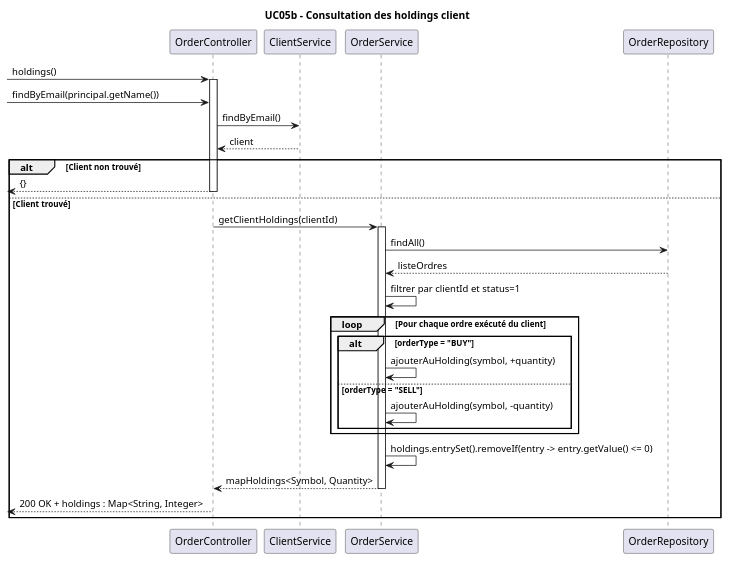
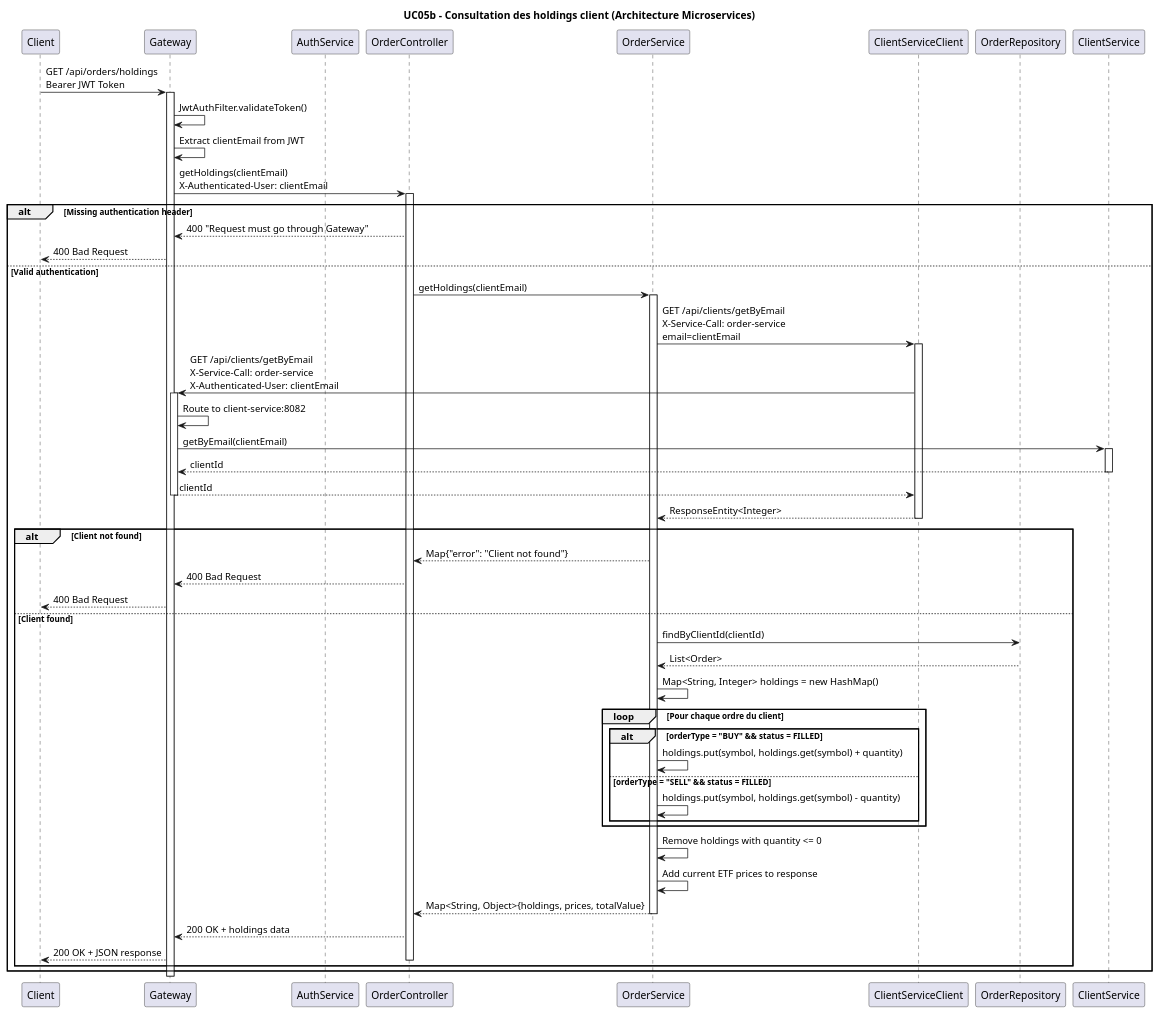
Before and after one commit to primika27/BrokerX-phase2-micorservices-: the diagram in docs/views/rdcu_uc05_consultation_holdings.puml, drawn with PlantUML. The commit also changed 47 other files, not shown here.

Commit message:
functional order matching+ diagrams added

```diff
--- a/docs/views/rdcu_uc05_consultation_holdings.puml
+++ b/docs/views/rdcu_uc05_consultation_holdings.puml
@@ -1,43 +1,71 @@
 @startuml rdcu_uc05_consultation_holdings
-title UC05b - Consultation des holdings client
+title UC05b - Consultation des holdings client (Architecture Microservices)
 
-participant "OrderController" as Controller
-participant "ClientService" as ClientService
-participant "OrderService" as Service
+participant "Client" as Client
+participant "Gateway" as Gateway
+participant "AuthService" as Auth
+participant "OrderController" as OrderController
+participant "OrderService" as OrderService
+participant "ClientServiceClient" as ClientClient
 participant "OrderRepository" as OrderRepo
 
--> Controller : holdings()
-activate Controller
+Client -> Gateway : GET /api/orders/holdings\nBearer JWT Token
+activate Gateway
 
--> Controller : findByEmail(principal.getName())
-Controller -> ClientService : findByEmail()
-ClientService --> Controller : client
+Gateway -> Gateway : JwtAuthFilter.validateToken()
+Gateway -> Gateway : Extract clientEmail from JWT
+Gateway -> OrderController : getHoldings(clientEmail)\nX-Authenticated-User: clientEmail
+activate OrderController
 
-alt Client non trouvé
-    <-- Controller : {}
-    deactivate Controller
-else Client trouvé
-    Controller -> Service : getClientHoldings(clientId)
-    activate Service
+alt Missing authentication header
+    OrderController --> Gateway : 400 "Request must go through Gateway"
+    Gateway --> Client : 400 Bad Request
+else Valid authentication
+    OrderController -> OrderService : getHoldings(clientEmail)
+    activate OrderService
     
-    Service -> OrderRepo : findAll()
-    OrderRepo --> Service : listeOrdres
+    OrderService -> ClientClient : GET /api/clients/getByEmail\nX-Service-Call: order-service\nemail=clientEmail
+    activate ClientClient
+    ClientClient -> Gateway : GET /api/clients/getByEmail\nX-Service-Call: order-service\nX-Authenticated-User: clientEmail
+    activate Gateway
+    Gateway -> Gateway : Route to client-service:8082
+    Gateway -> ClientService : getByEmail(clientEmail)
+    activate ClientService
+    ClientService --> Gateway : clientId
+    deactivate ClientService
+    Gateway --> ClientClient : clientId
+    deactivate Gateway
+    ClientClient --> OrderService : ResponseEntity<Integer>
+    deactivate ClientClient
     
-    Service -> Service : filtrer par clientId et status=1
-    loop Pour chaque ordre exécuté du client
-        alt orderType = "BUY"
-            Service -> Service : ajouterAuHolding(symbol, +quantity)
-        else orderType = "SELL"
-            Service -> Service : ajouterAuHolding(symbol, -quantity)
+    alt Client not found
+        OrderService --> OrderController : Map{"error": "Client not found"}
+        OrderController --> Gateway : 400 Bad Request
+        Gateway --> Client : 400 Bad Request
+    else Client found
+        OrderService -> OrderRepo : findByClientId(clientId)
+        OrderRepo --> OrderService : List<Order>
+        
+        OrderService -> OrderService : Map<String, Integer> holdings = new HashMap()
+        loop Pour chaque ordre du client
+            alt orderType = "BUY" && status = FILLED
+                OrderService -> OrderService : holdings.put(symbol, holdings.get(symbol) + quantity)
+            else orderType = "SELL" && status = FILLED  
+                OrderService -> OrderService : holdings.put(symbol, holdings.get(symbol) - quantity)
+            end
         end
+        
+        OrderService -> OrderService : Remove holdings with quantity <= 0
+        OrderService -> OrderService : Add current ETF prices to response
+        
+        OrderService --> OrderController : Map<String, Object>{holdings, prices, totalValue}
+        deactivate OrderService
+        
+        OrderController --> Gateway : 200 OK + holdings data
+        Gateway --> Client : 200 OK + JSON response
+        deactivate OrderController
     end
-    
-    Service -> Service : holdings.entrySet().removeIf(entry -> entry.getValue() <= 0)
-    
-    Service --> Controller : mapHoldings<Symbol, Quantity>
-    deactivate Service
-    
-    <-- Controller : 200 OK + holdings : Map<String, Integer>
-    deactivate Controller
 end
+
+deactivate Gateway
 @enduml
```
